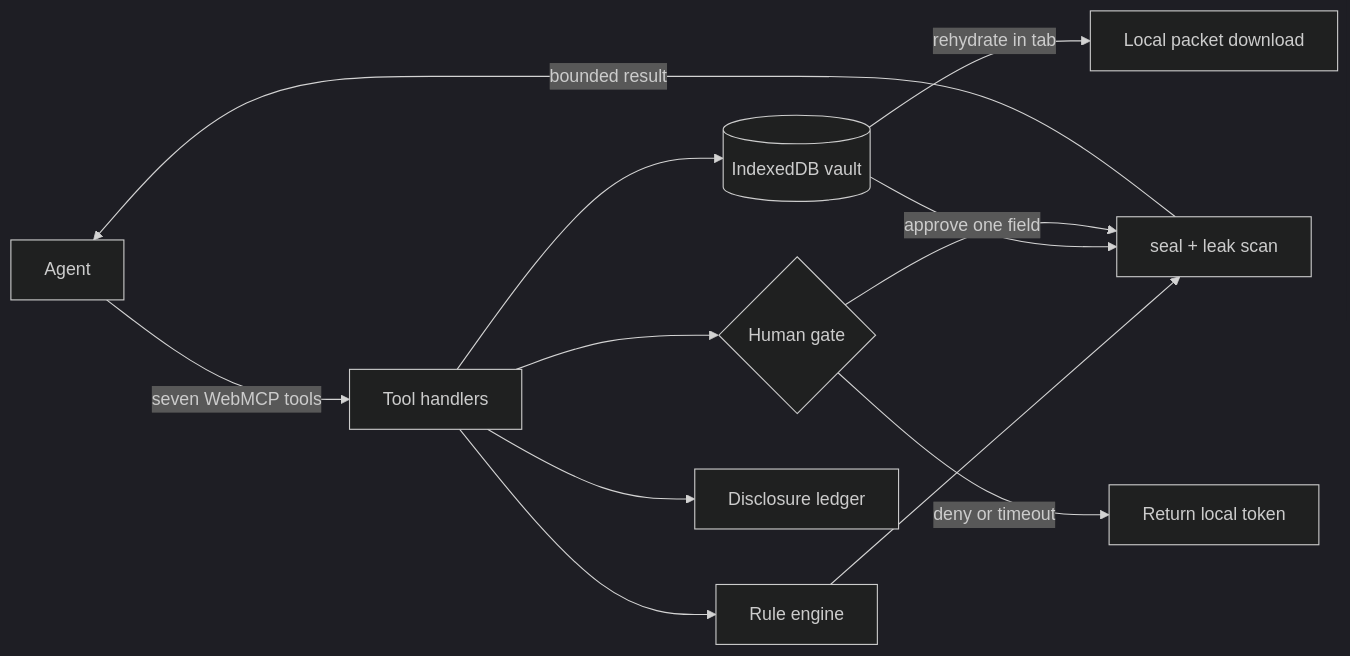
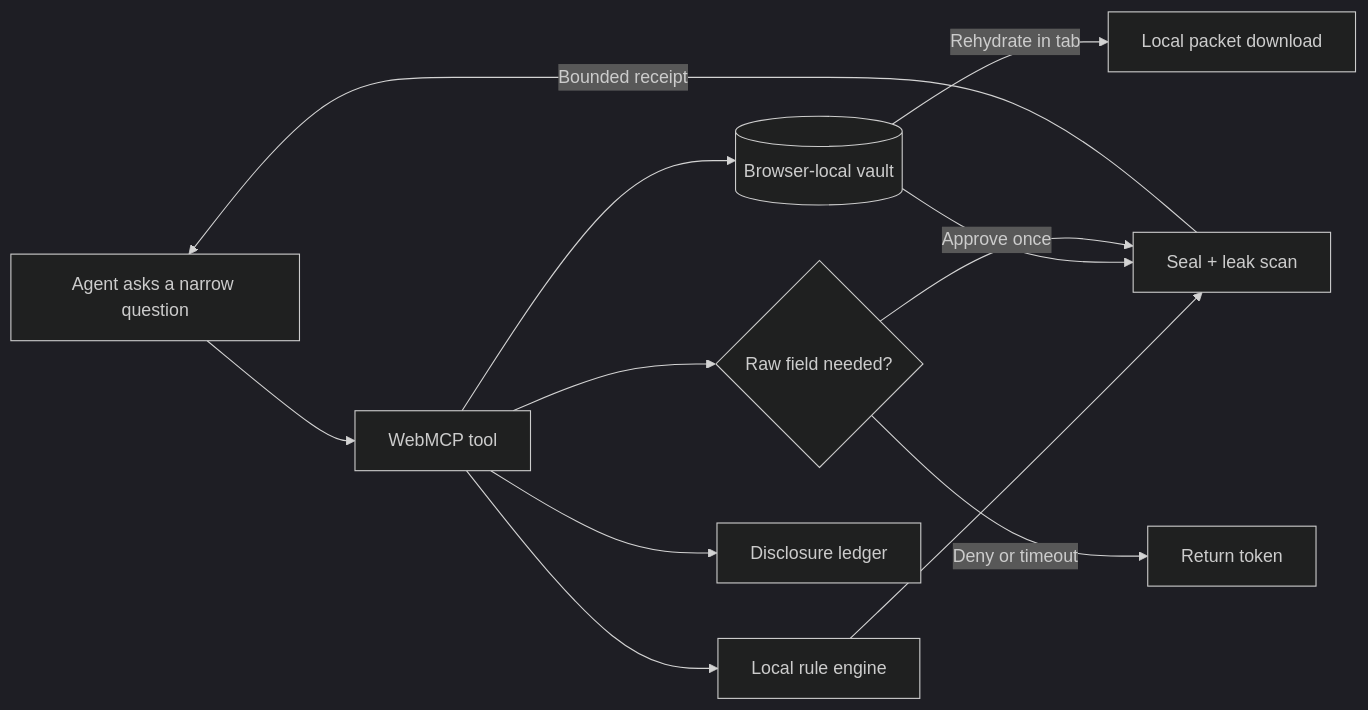
One commit to RajvardhanPatil07/paperveil changed the diagram in README.md. Above: the diagram before and after it, drawn with Mermaid (dark theme). The commit also changed other lines of this file and 2 other files, not shown here.

````diff
--- a/README.md
+++ b/README.md
@@ -91,14 +81,14 @@
 ```mermaid
 flowchart LR
-  A[Agent] -->|seven WebMCP tools| B[Tool handlers]
-  B --> C[Rule engine]
-  B --> D[(IndexedDB vault)]
-  C --> E[seal + leak scan]
+  A[Agent asks a narrow question] --> B[WebMCP tool]
+  B --> C[Local rule engine]
+  B --> D[(Browser-local vault)]
+  C --> E[Seal + leak scan]
   D --> E
-  E -->|bounded result| A
-  B --> F{Human gate}
-  F -->|deny or timeout| G[Return local token]
-  F -->|approve one field| E
-  D -->|rehydrate in tab| H[Local packet download]
+  E -->|Bounded receipt| A
+  B --> F{Raw field needed?}
+  F -->|Deny or timeout| G[Return token]
+  F -->|Approve once| E
+  D -->|Rehydrate in tab| H[Local packet download]
   B --> I[Disclosure ledger]
 ```
````
